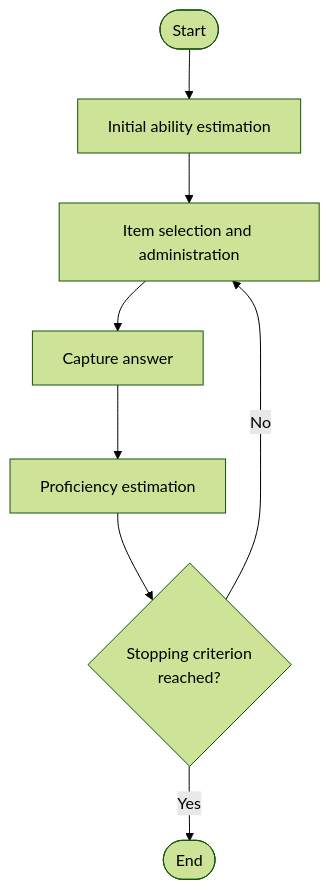
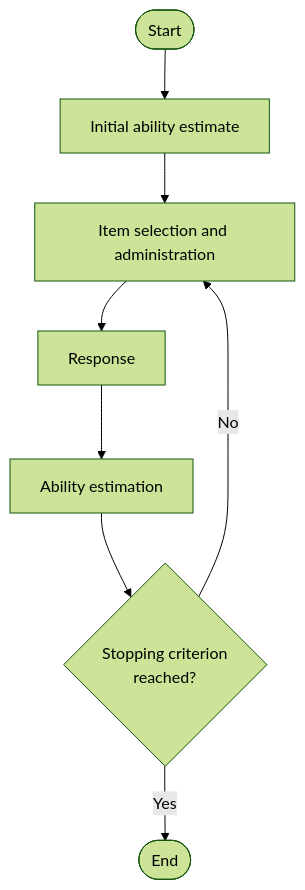
Before and after one commit to douglasrizzo/catsim: the first of 2 diagrams in sphinx/introduction.md, drawn with Mermaid (forest theme). The commit also changed other lines of this file, not shown here.

````diff
--- a/sphinx/introduction.md
+++ b/sphinx/introduction.md
@@ -160,10 +157,10 @@
 ```{mermaid}
 flowchart TD
-    start([Start]) --> init[Initial ability estimation]
+    start([Start]) --> init[Initial ability estimate]
     init --> select[Item selection and administration]
-    select --> answer[Capture answer]
-    answer --> estimate[Proficiency estimation]
+    select --> answer[Response]
+    answer --> estimate[Ability estimation]
     estimate --> stop{Stopping criterion<br>reached?}
     stop -- No --> select
     stop -- Yes --> finish([End])
 ```
````
